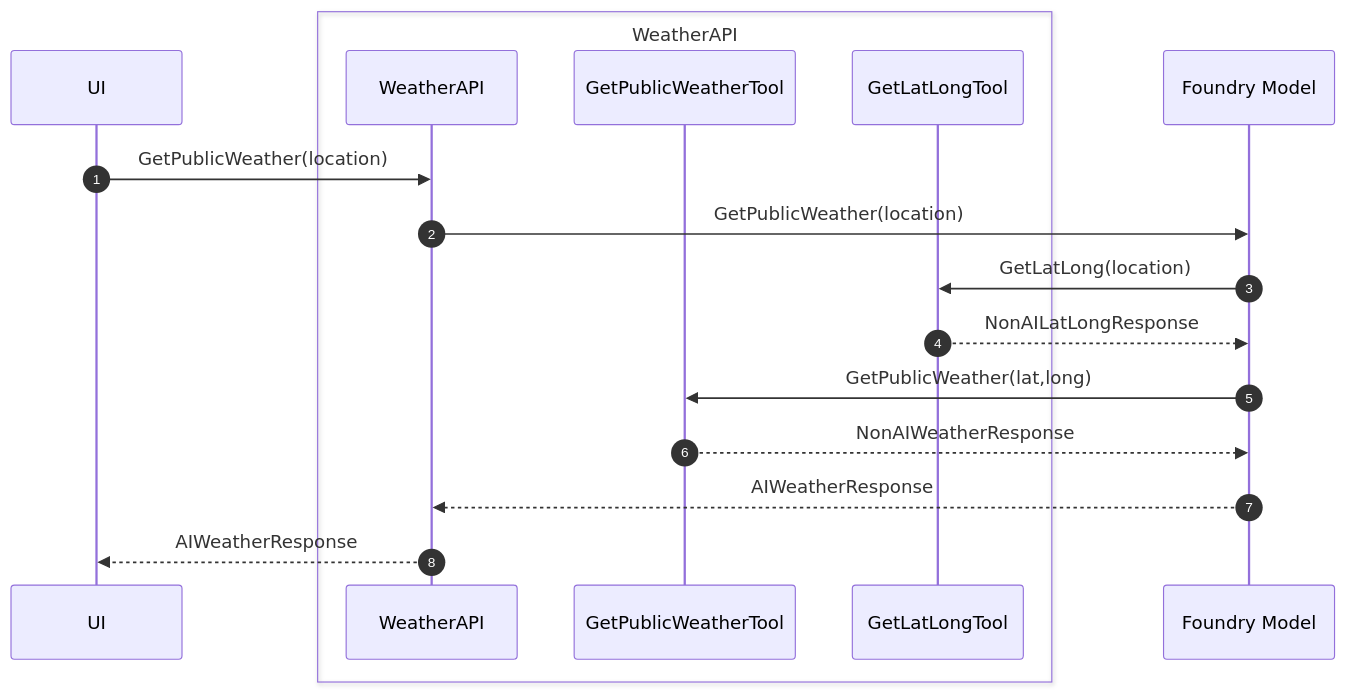
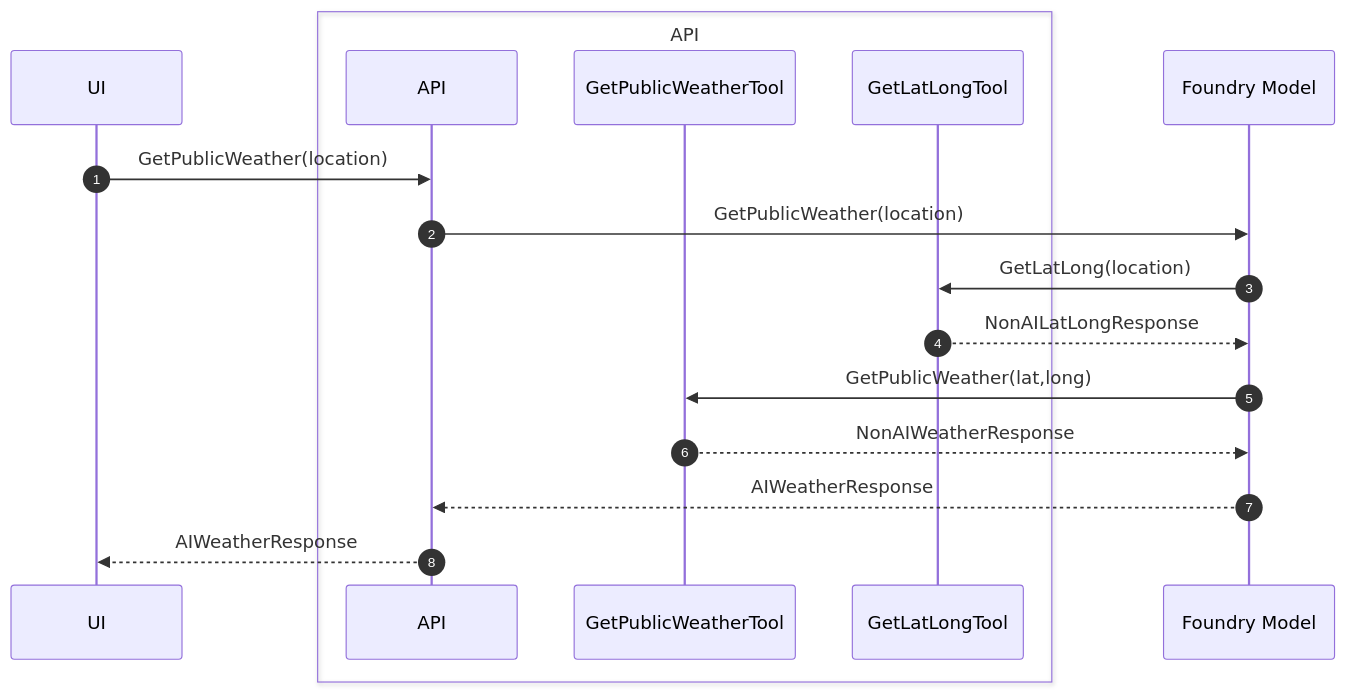
The first of 2 diagrams in docs/3-foundry-mcp/agents-models-mcp.md (dustinkorzaan/weather-1116), drawn with Mermaid before and after one commit. The commit also changed other lines of this file, not shown here.

Commit message:
Rename WeatherAPI to API in V3 and V4 sequence diagrams

````diff
--- a/docs/3-foundry-mcp/agents-models-mcp.md
+++ b/docs/3-foundry-mcp/agents-models-mcp.md
@@ -53,20 +53,20 @@
   ```mermaid
   sequenceDiagram
       autonumber
       participant UI
-      box WeatherAPI
-          participant API as WeatherAPI
+      box API
+          participant API
           participant GetPublicWeatherTool
           participant GetLatLongTool
       end
       participant Model as Foundry Model
 
       UI->>API: GetPublicWeather(location)
       API->>Model: GetPublicWeather(location)
       Model->>GetLatLongTool: GetLatLong(location)
       GetLatLongTool-->>Model: NonAILatLongResponse
       Model->>GetPublicWeatherTool: GetPublicWeather(lat,long)
       GetPublicWeatherTool-->>Model: NonAIWeatherResponse
       Model-->>API: AIWeatherResponse
       API-->>UI: AIWeatherResponse
   ```
````
